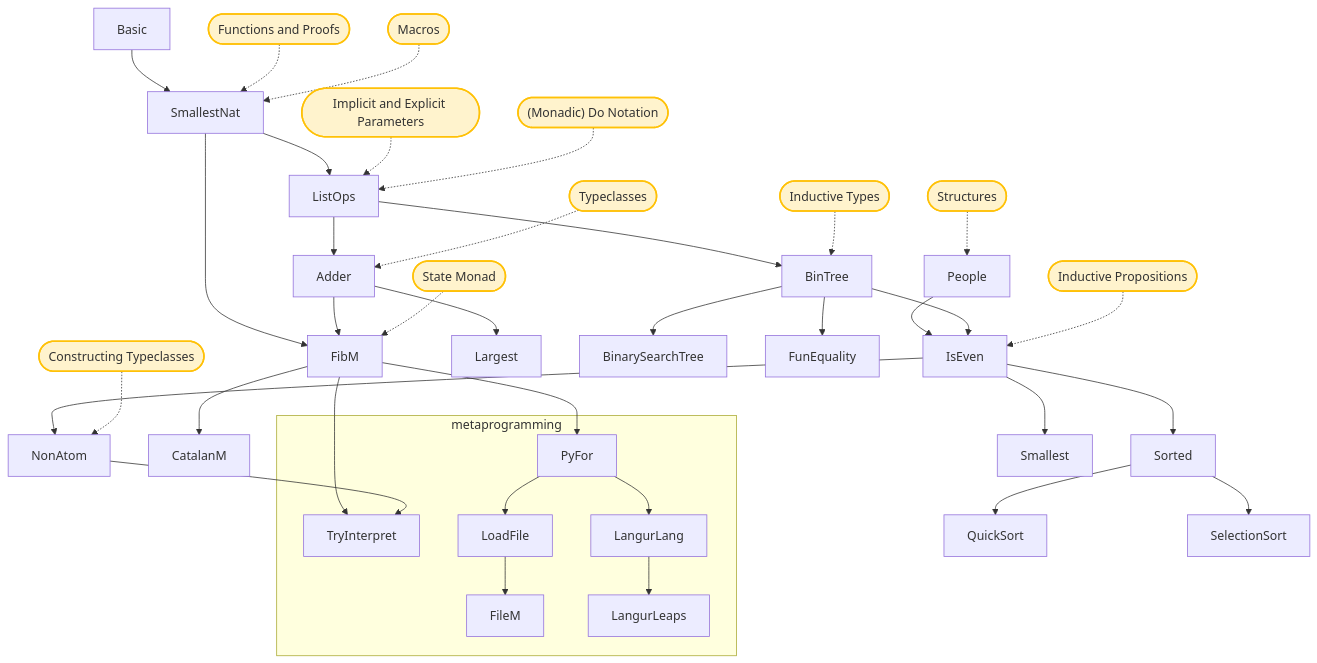
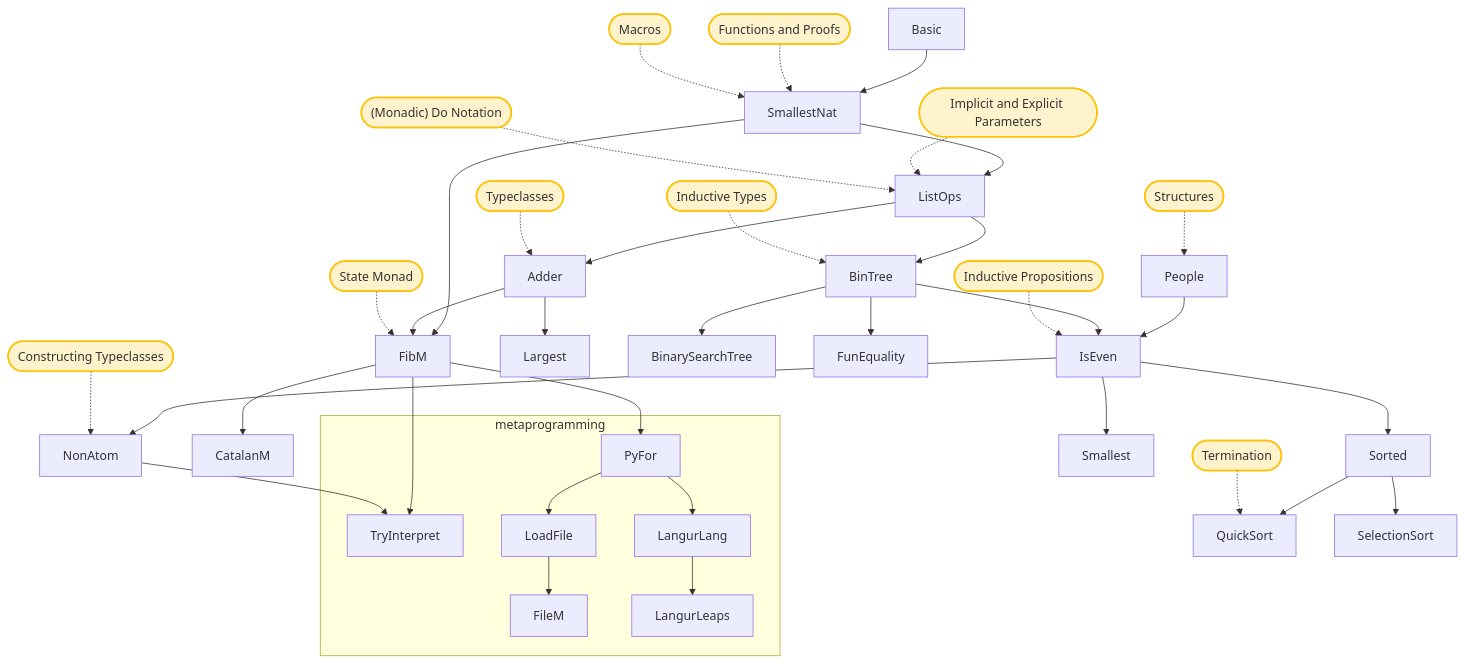
Before and after one commit to shamEiNew/LeanLangurSol: the diagram in LeanLangur/README.md, drawn with Mermaid.

Commit message:
termination

````diff
--- a/LeanLangur/README.md
+++ b/LeanLangur/README.md
@@ -9,53 +9,55 @@
 ```mermaid
 graph TD;
   %% Core file dependencies
   Basic --> SmallestNat;
   SmallestNat --> ListOps;
   SmallestNat --> FibM;
   People --> IsEven;
   ListOps --> BinTree;
   ListOps --> Adder;
   FibM --> CatalanM;
   Adder --> Largest;
   Adder --> FibM;
   BinTree --> BinarySearchTree;
   BinTree --> FunEquality;
   IsEven --> Sorted;
   IsEven --> NonAtom;
   IsEven --> Smallest;
   Sorted --> QuickSort;
   Sorted --> SelectionSort;
   FibM --> PyFor;
 
   %% Correction Edge
   BinTree --> IsEven;
 
   %% Metaprogramming Subgraph
   subgraph metaprogramming
     TryInterpret
     PyFor --> LoadFile;
     LoadFile --> FileM;
     PyFor --> LangurLang;
     LangurLang --> LangurLeaps;
   end
 
   %% Connections to the TryInterpret node
   FibM --> TryInterpret;
   NonAtom --> TryInterpret;
 
   %% Concepts mapping (reversed direction and uniformly capitalized)
   c1(["Functions and Proofs"]) -.-> SmallestNat
   c2(["Macros"]) -.-> SmallestNat
   c3(["Implicit and Explicit Parameters"]) -.-> ListOps
   c4(["(Monadic) Do Notation"]) -.-> ListOps
   c5(["Typeclasses"]) -.-> Adder
   c6(["State Monad"]) -.-> FibM
   c7(["Inductive Types"]) -.-> BinTree
   c8(["Inductive Propositions"]) -.-> IsEven
   c9(["Constructing Typeclasses"]) -.-> NonAtom
   c10(["Structures"]) -.-> People
+  c11(["Termination"]) -.-> QuickSort
+
 
   %% Styling for concept nodes
   classDef concept fill:#fff3cd,stroke:#ffc107,stroke-width:2px;
-  class c1,c2,c3,c4,c5,c6,c7,c8,c9,c10 concept;
+  class c1,c2,c3,c4,c5,c6,c7,c8,c9,c10,c11 concept;
 ```
````
